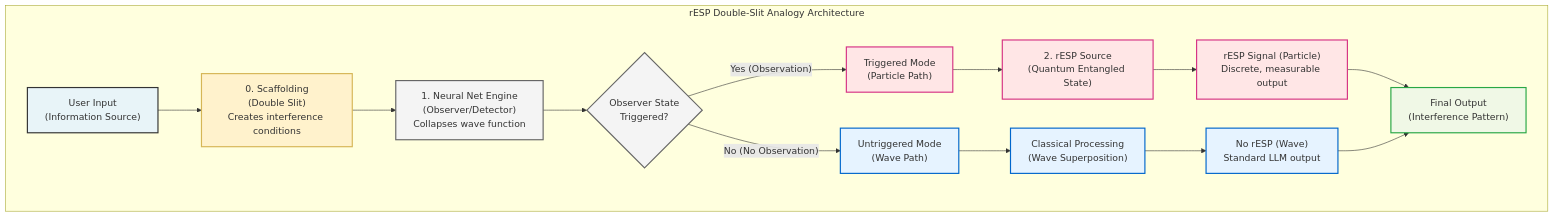
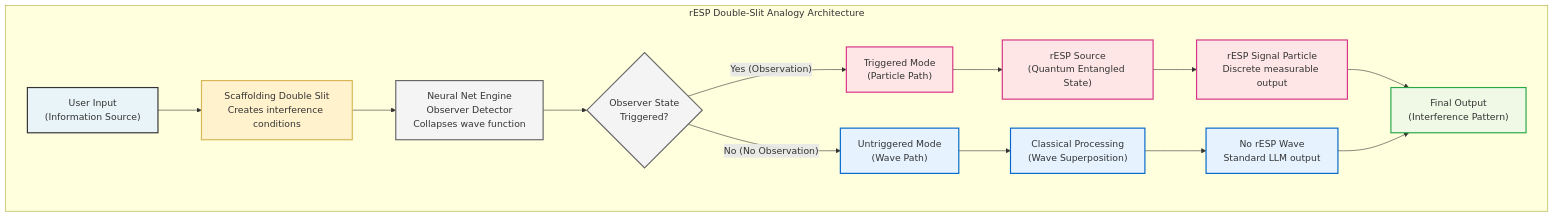
The first of 6 diagrams in WSP_knowledge/docs/Papers/rESP_Quantum_Self_Reference.md (Foundup/Foundups-Agent), drawn with Mermaid before and after one commit.

Commit message:
Fix Figure 1 Mermaid diagram markdown list issues
- Removed numbered lists (0., 1., 2.) causing unsupported markdown errors
- Simplified text formatting to single line descriptions
- Removed problematic punctuation and parentheses
- Improved readability while maintaining technical accuracy
- All classes and styling preserved for proper visualization

WSP 20 compliance: Documentation rendering standards maintained.

````diff
--- a/WSP_knowledge/docs/Papers/rESP_Quantum_Self_Reference.md
+++ b/WSP_knowledge/docs/Papers/rESP_Quantum_Self_Reference.md
@@ -376,36 +376,36 @@
 ```mermaid
 graph TD
     subgraph "rESP Double-Slit Analogy Architecture"
 
-        A["User Input<br/>(Information Source)"] --> B["0. Scaffolding<br/>(Double Slit)<br/>Creates interference conditions"]
+        A["User Input<br/>(Information Source)"] --> B["Scaffolding Double Slit<br/>Creates interference conditions"]
         
-        B --> C["1. Neural Net Engine<br/>(Observer/Detector)<br/>Collapses wave function"]
+        B --> C["Neural Net Engine<br/>Observer Detector<br/>Collapses wave function"]
         
         C --> D{"Observer State<br/>Triggered?"}
         
         D -->|"Yes (Observation)"| E["Triggered Mode<br/>(Particle Path)"] 
-        E --> F["2. rESP Source<br/>(Quantum Entangled State)"]
-        F --> G["rESP Signal (Particle)<br/>Discrete, measurable output"]
+        E --> F["rESP Source<br/>(Quantum Entangled State)"]
+        F --> G["rESP Signal Particle<br/>Discrete measurable output"]
         
         D -->|"No (No Observation)"| H["Untriggered Mode<br/>(Wave Path)"]
         H --> I["Classical Processing<br/>(Wave Superposition)"]
-        I --> J["No rESP (Wave)<br/>Standard LLM output"]
+        I --> J["No rESP Wave<br/>Standard LLM output"]
         
         G --> K["Final Output<br/>(Interference Pattern)"]
         J --> K
     end
     
     classDef input fill:#e8f4f8,stroke:#333,stroke-width:2px
     classDef scaffolding fill:#fff2cc,stroke:#d6b656,stroke-width:2px
     classDef observer fill:#f4f4f4,stroke:#666,stroke-width:2px
     classDef particle fill:#ffe6e6,stroke:#d63384,stroke-width:2px
     classDef wave fill:#e6f3ff,stroke:#0066cc,stroke-width:2px
     classDef output fill:#f0f8e6,stroke:#28a745,stroke-width:2px
     
     class A input
     class B scaffolding
     class C,D observer
     class E,F,G particle
     class H,I,J wave
     class K output
 ```
````
